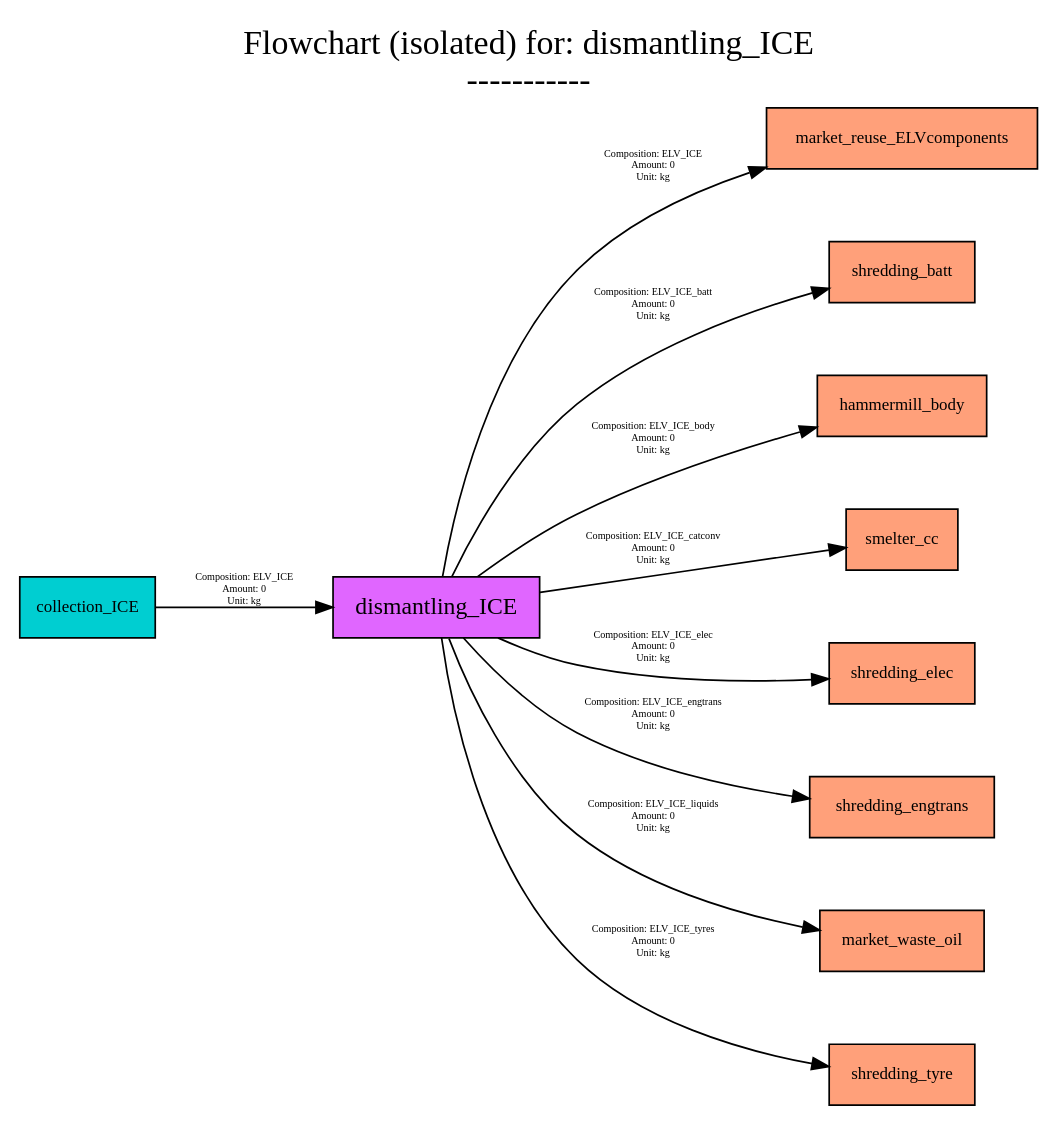
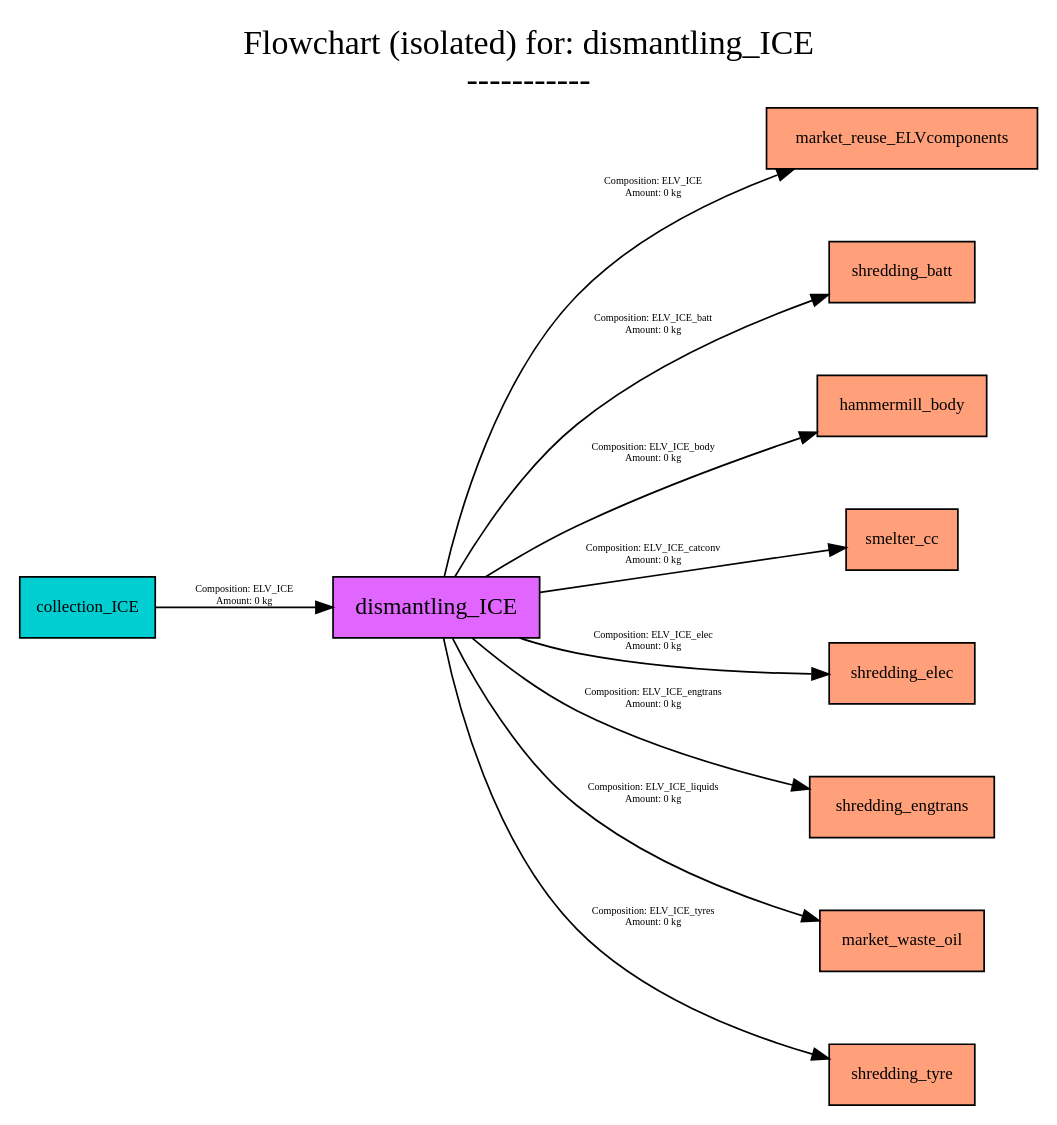
The diagram in src/examples/ELV/figures/flowcharts/processes/dot/dismantling_ICE.dot (FutuRaM-Project/Recovery-Model), drawn with Graphviz before and after one commit. The commit also changed 177 other files, not shown here.

```diff
--- a/src/examples/ELV/figures/flowcharts/processes/dot/dismantling_ICE.dot
+++ b/src/examples/ELV/figures/flowcharts/processes/dot/dismantling_ICE.dot
@@ -1,170 +1,161 @@
 digraph {
 	graph [bb="0,0,563,641",
 		font=Cabin,
 		fontname=Cabin,
 		fontsize=20,
 		label="Flowchart (isolated) for: dismantling_ICE
 -----------",
 		labeljust=c,
 		labelloc=tc,
 		lheight=0.61,
 		lp="281.5,615",
 		lwidth=4.75,
 		nodesep=0.6,
 		rankdir=LR,
 		ranksep=0.6
 	];
 	node [label="\N"];
 	dismantling_ICE	[fillcolor=mediumorchid1,
 		fontname=Cabin,
 		fontsize=14,
 		height=0.5,
 		pos="232,294",
 		shape=box,
 		style=filled,
 		width=1.5556];
 	market_reuse_ELVcomponents	[fillcolor=lightsalmon1,
 		fontname=Cabin,
 		fontsize=10,
 		height=0.5,
 		pos="488.5,571",
 		shape=box,
 		style=filled,
 		width=2.0694];
 	dismantling_ICE -> market_reuse_ELVcomponents	[color=black,
 		fontname=Cabin,
 		fontsize=6,
 		label="Composition: ELV_ICE
-Amount: 0 
-Unit: kg",
-		lp="351,552.5",
-		pos="e,414.97,552.91 235.35,312.03 241.2,350.06 259.74,439.27 310,492 335.63,518.89 372.06,537.26 405.25,549.47"];
+Amount: 0 kg",
+		lp="351,539",
+		pos="e,433.53,552.94 236.54,312.07 244.24,347.27 265.53,425.89 310,475 340.89,509.12 386.82,533.5 424.22,549.15"];
 	shredding_batt	[fillcolor=lightsalmon1,
 		fontname=Cabin,
 		fontsize=10,
 		height=0.5,
 		pos="488.5,492",
 		shape=box,
 		style=filled,
 		width=1.1111];
 	dismantling_ICE -> shredding_batt	[color=black,
 		fontname=Cabin,
 		fontsize=6,
 		label="Composition: ELV_ICE_batt
-Amount: 0 
-Unit: kg",
-		lp="351,471.5",
-		pos="e,448.25,481.97 240.57,312.23 252.09,338.01 276.32,385.21 310,414 347.47,446.02 400.14,466.93 438.37,478.96"];
+Amount: 0 kg",
+		lp="351,458",
+		pos="e,448.3,478.46 242.29,312.1 254.97,335.37 279.62,375.87 310,402 348.4,435.02 401.01,459.74 438.98,474.83"];
 	hammermill_body	[fillcolor=lightsalmon1,
 		fontname=Cabin,
 		fontsize=10,
 		height=0.5,
 		pos="488.5,413",
 		shape=box,
 		style=filled,
 		width=1.3194];
 	dismantling_ICE -> hammermill_body	[color=black,
 		fontname=Cabin,
 		fontsize=6,
 		label="Composition: ELV_ICE_body
-Amount: 0 
-Unit: kg",
-		lp="351,393.5",
-		pos="e,440.81,400.01 254.85,312.08 269.72,323.75 290.22,338.62 310,349 348.71,369.31 395.3,385.84 431.03,397.01"];
+Amount: 0 kg",
+		lp="351,385",
+		pos="e,440.92,396.93 259.41,312.08 273.97,321.63 292.58,333.17 310,342 349.38,361.95 395.75,380.33 431.21,393.39"];
 	smelter_cc	[fillcolor=lightsalmon1,
 		fontname=Cabin,
 		fontsize=10,
 		height=0.5,
 		pos="488.5,334",
 		shape=box,
 		style=filled,
 		width=0.88889];
 	dismantling_ICE -> smelter_cc	[color=black,
 		fontname=Cabin,
 		fontsize=6,
 		label="Composition: ELV_ICE_catconv
-Amount: 0 
-Unit: kg",
-		lp="351,328.5",
+Amount: 0 kg",
+		lp="351,325",
 		pos="e,456.36,329.11 288.22,302.68 335.76,310.15 403.3,320.77 446.26,327.52"];
 	shredding_elec	[fillcolor=lightsalmon1,
 		fontname=Cabin,
 		fontsize=10,
 		height=0.5,
 		pos="488.5,255",
 		shape=box,
 		style=filled,
 		width=1.125];
 	dismantling_ICE -> shredding_elec	[color=black,
 		fontname=Cabin,
 		fontsize=6,
 		label="Composition: ELV_ICE_elec
-Amount: 0 
-Unit: kg",
-		lp="351,270.5",
-		pos="e,447.83,251.79 266.14,275.99 279.39,269.71 295.03,263.38 310,260 352.29,250.46 401.67,249.89 437.6,251.32"];
+Amount: 0 kg",
+		lp="351,274",
+		pos="e,447.96,254.64 278.03,275.94 288.38,272.42 299.45,269.16 310,267 352.55,258.27 401.91,255.51 437.76,254.8"];
 	shredding_engtrans	[fillcolor=lightsalmon1,
 		fontname=Cabin,
 		fontsize=10,
 		height=0.5,
 		pos="488.5,176",
 		shape=box,
 		style=filled,
 		width=1.3889];
 	dismantling_ICE -> shredding_engtrans	[color=black,
 		fontname=Cabin,
 		fontsize=6,
 		label="Composition: ELV_ICE_engtrans
-Amount: 0 
-Unit: kg",
-		lp="351,230.5",
-		pos="e,438.29,181.21 246.94,275.99 261.03,259.02 284.35,234.15 310,220 346.43,199.9 392.08,188.84 427.97,182.85"];
+Amount: 0 kg",
+		lp="351,241",
+		pos="e,438.2,187.2 252.26,275.9 267.09,262.77 288.6,245.38 310,234 347.41,214.1 392.89,199.4 428.45,189.78"];
 	market_waste_oil	[fillcolor=lightsalmon1,
 		fontname=Cabin,
 		fontsize=10,
 		height=0.5,
 		pos="488.5,97",
 		shape=box,
 		style=filled,
 		width=1.2778];
 	dismantling_ICE -> market_waste_oil	[color=black,
 		fontname=Cabin,
 		fontsize=6,
 		label="Composition: ELV_ICE_liquids
-Amount: 0 
-Unit: kg",
-		lp="351,170.5",
-		pos="e,442.32,103.98 238.85,275.67 248.9,247.01 272.09,191.62 310,160 345.04,130.78 394.61,114.69 432.47,106.11"];
+Amount: 0 kg",
+		lp="351,185",
+		pos="e,442.43,109.82 241.17,275.61 253.1,250.59 277.46,205.77 310,178 345.83,147.42 395.12,126.16 432.66,113.12"];
 	shredding_tyre	[fillcolor=lightsalmon1,
 		fontname=Cabin,
 		fontsize=10,
 		height=0.5,
 		pos="488.5,18",
 		shape=box,
 		style=filled,
 		width=1.1111];
 	dismantling_ICE -> shredding_tyre	[color=black,
 		fontname=Cabin,
 		fontsize=6,
 		label="Composition: ELV_ICE_tyres
-Amount: 0 
-Unit: kg",
-		lp="351,97.5",
-		pos="e,448.49,23.646 234.79,275.87 239.62,236.28 256.44,141.35 310,87 344.58,51.905 399.06,34.288 438.54,25.692"];
+Amount: 0 kg",
+		lp="351,113",
+		pos="e,448.27,28.5 236,275.92 242.89,239.5 263.02,156.47 310,106 344.89,68.518 399.23,44.869 438.6,31.641"];
 	collection_ICE	[fillcolor=darkturquoise,
 		fontname=Cabin,
 		fontsize=10,
 		height=0.5,
 		pos="38,294",
 		shape=box,
 		style=filled,
 		width=1.0556];
 	collection_ICE -> dismantling_ICE	[color=black,
 		fontname=Cabin,
 		fontsize=6,
 		label="Composition: ELV_ICE
-Amount: 0 
-Unit: kg",
-		lp="126,304.5",
+Amount: 0 kg",
+		lp="126,301",
 		pos="e,175.92,294 76.02,294 101.36,294 135.66,294 165.55,294"];
 }
```
